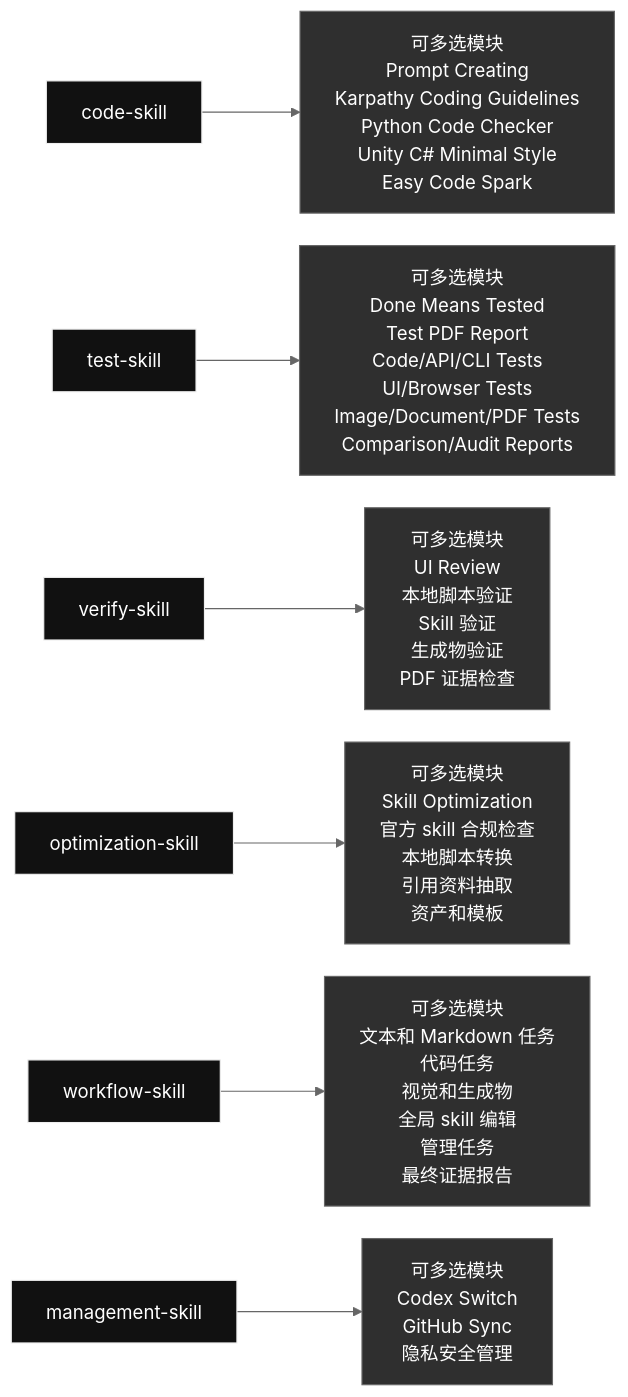
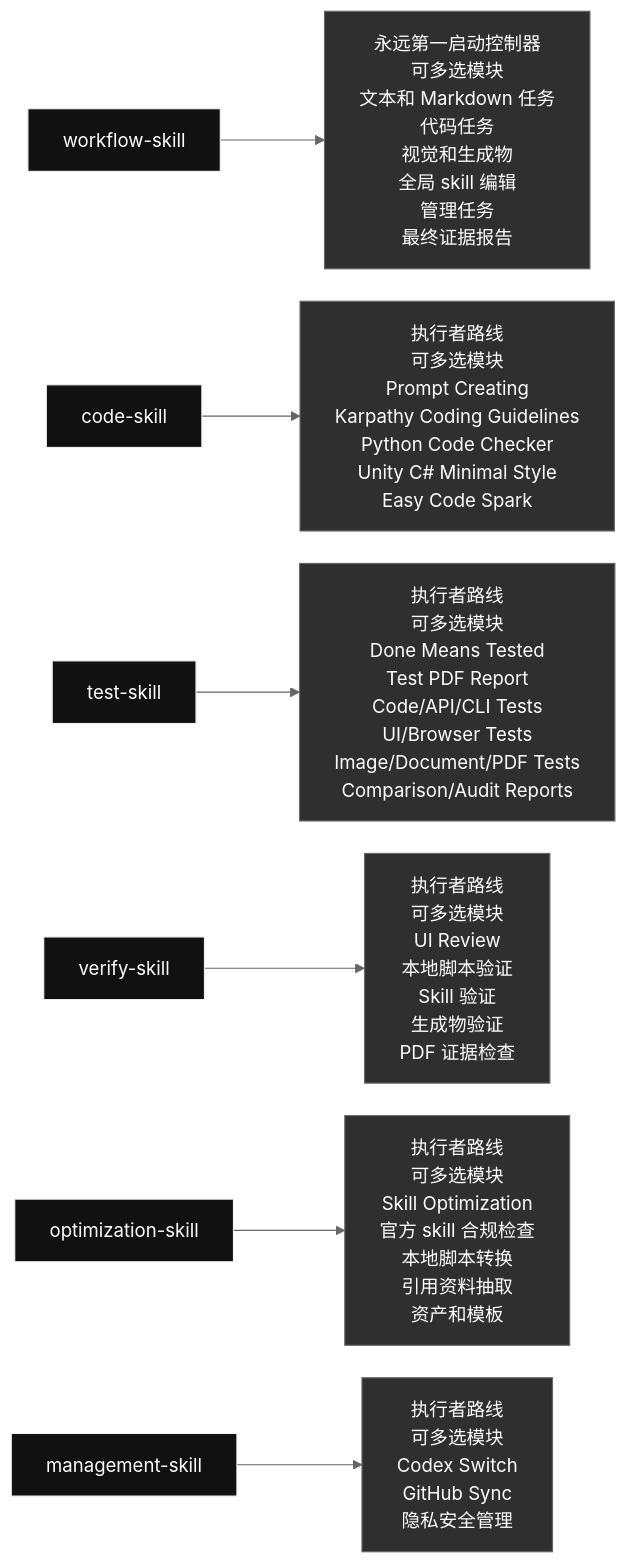
Before and after one commit to qinbatista/qin-codex-skills: the diagram in README.zh.md, drawn with Mermaid (neutral theme). The commit also changed other lines of this file and 18 other files, not shown here.

Commit message:
Make workflow skill the always-first controller

````diff
--- a/README.zh.md
+++ b/README.zh.md
@@ -7,14 +7,14 @@
 ```mermaid
 %%{init: {"flowchart": {"nodeSpacing": 28, "rankSpacing": 54, "wrappingWidth": 240}}}%%
 flowchart LR
-  skill_code_skill["code-skill"] --> inside_code_skill["可多选模块<br/>Prompt Creating<br/>Karpathy Coding Guidelines<br/>Python Code Checker<br/>Unity C# Minimal Style<br/>Easy Code Spark"]
-  skill_test_skill["test-skill"] --> inside_test_skill["可多选模块<br/>Done Means Tested<br/>Test PDF Report<br/>Code/API/CLI Tests<br/>UI/Browser Tests<br/>Image/Document/PDF Tests<br/>Comparison/Audit Reports"]
-  skill_verify_skill["verify-skill"] --> inside_verify_skill["可多选模块<br/>UI Review<br/>本地脚本验证<br/>Skill 验证<br/>生成物验证<br/>PDF 证据检查"]
-  skill_optimization_skill["optimization-skill"] --> inside_optimization_skill["可多选模块<br/>Skill Optimization<br/>官方 skill 合规检查<br/>本地脚本转换<br/>引用资料抽取<br/>资产和模板"]
-  skill_workflow_skill["workflow-skill"] --> inside_workflow_skill["可多选模块<br/>文本和 Markdown 任务<br/>代码任务<br/>视觉和生成物<br/>全局 skill 编辑<br/>管理任务<br/>最终证据报告"]
-  skill_management_skill["management-skill"] --> inside_management_skill["可多选模块<br/>Codex Switch<br/>GitHub Sync<br/>隐私安全管理"]
+  skill_workflow_skill["workflow-skill"] --> inside_workflow_skill["永远第一启动控制器<br/>可多选模块<br/>文本和 Markdown 任务<br/>代码任务<br/>视觉和生成物<br/>全局 skill 编辑<br/>管理任务<br/>最终证据报告"]
+  skill_code_skill["code-skill"] --> inside_code_skill["执行者路线<br/>可多选模块<br/>Prompt Creating<br/>Karpathy Coding Guidelines<br/>Python Code Checker<br/>Unity C# Minimal Style<br/>Easy Code Spark"]
+  skill_test_skill["test-skill"] --> inside_test_skill["执行者路线<br/>可多选模块<br/>Done Means Tested<br/>Test PDF Report<br/>Code/API/CLI Tests<br/>UI/Browser Tests<br/>Image/Document/PDF Tests<br/>Comparison/Audit Reports"]
+  skill_verify_skill["verify-skill"] --> inside_verify_skill["执行者路线<br/>可多选模块<br/>UI Review<br/>本地脚本验证<br/>Skill 验证<br/>生成物验证<br/>PDF 证据检查"]
+  skill_optimization_skill["optimization-skill"] --> inside_optimization_skill["执行者路线<br/>可多选模块<br/>Skill Optimization<br/>官方 skill 合规检查<br/>本地脚本转换<br/>引用资料抽取<br/>资产和模板"]
+  skill_management_skill["management-skill"] --> inside_management_skill["执行者路线<br/>可多选模块<br/>Codex Switch<br/>GitHub Sync<br/>隐私安全管理"]
   classDef skill fill:#111,color:#fff,stroke:#eee;
   classDef content fill:#2f2f2f,color:#fff,stroke:#666;
-  class skill_code_skill,skill_test_skill,skill_verify_skill,skill_optimization_skill,skill_workflow_skill,skill_management_skill skill;
-  class inside_code_skill,inside_test_skill,inside_verify_skill,inside_optimization_skill,inside_workflow_skill,inside_management_skill content;
+  class skill_workflow_skill,skill_code_skill,skill_test_skill,skill_verify_skill,skill_optimization_skill,skill_management_skill skill;
+  class inside_workflow_skill,inside_code_skill,inside_test_skill,inside_verify_skill,inside_optimization_skill,inside_management_skill content;
 ```
````
